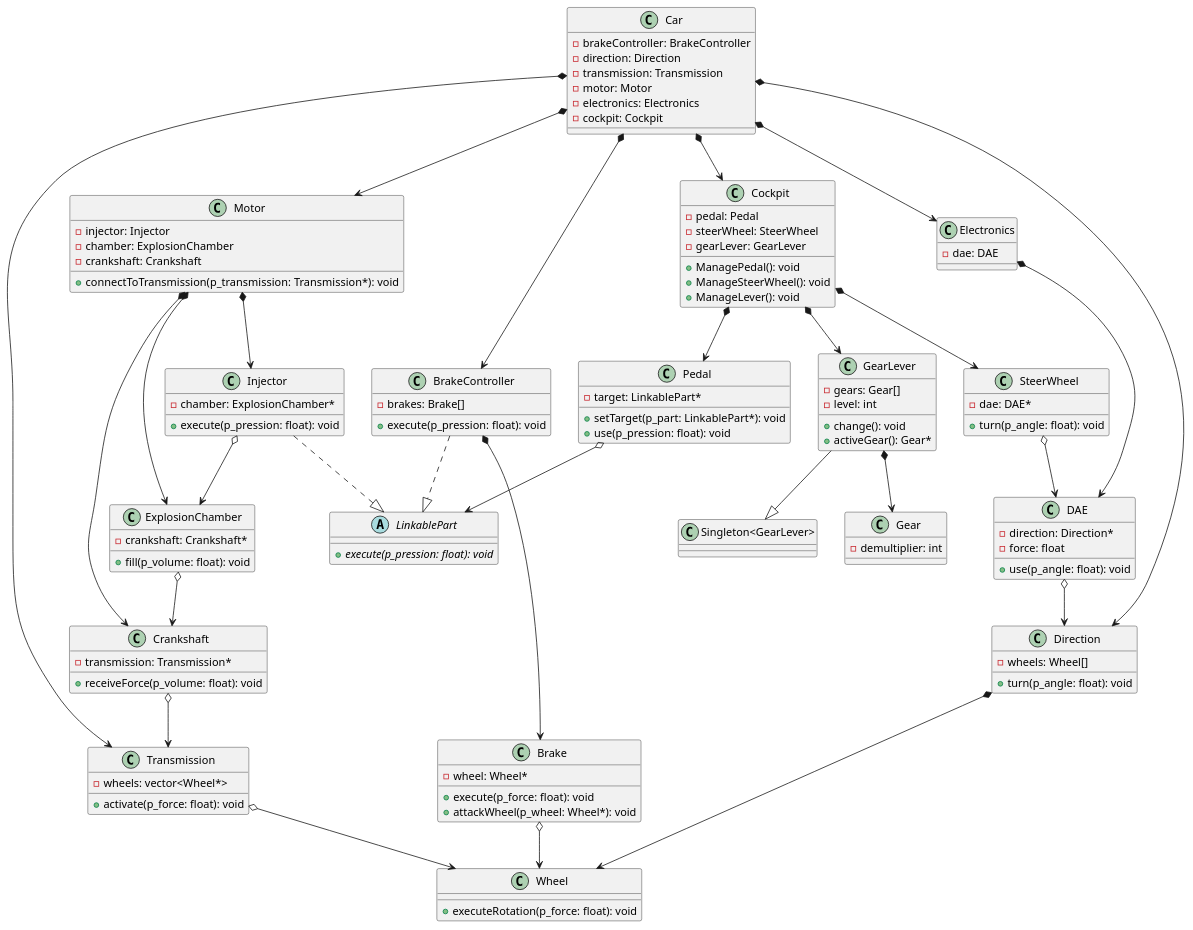
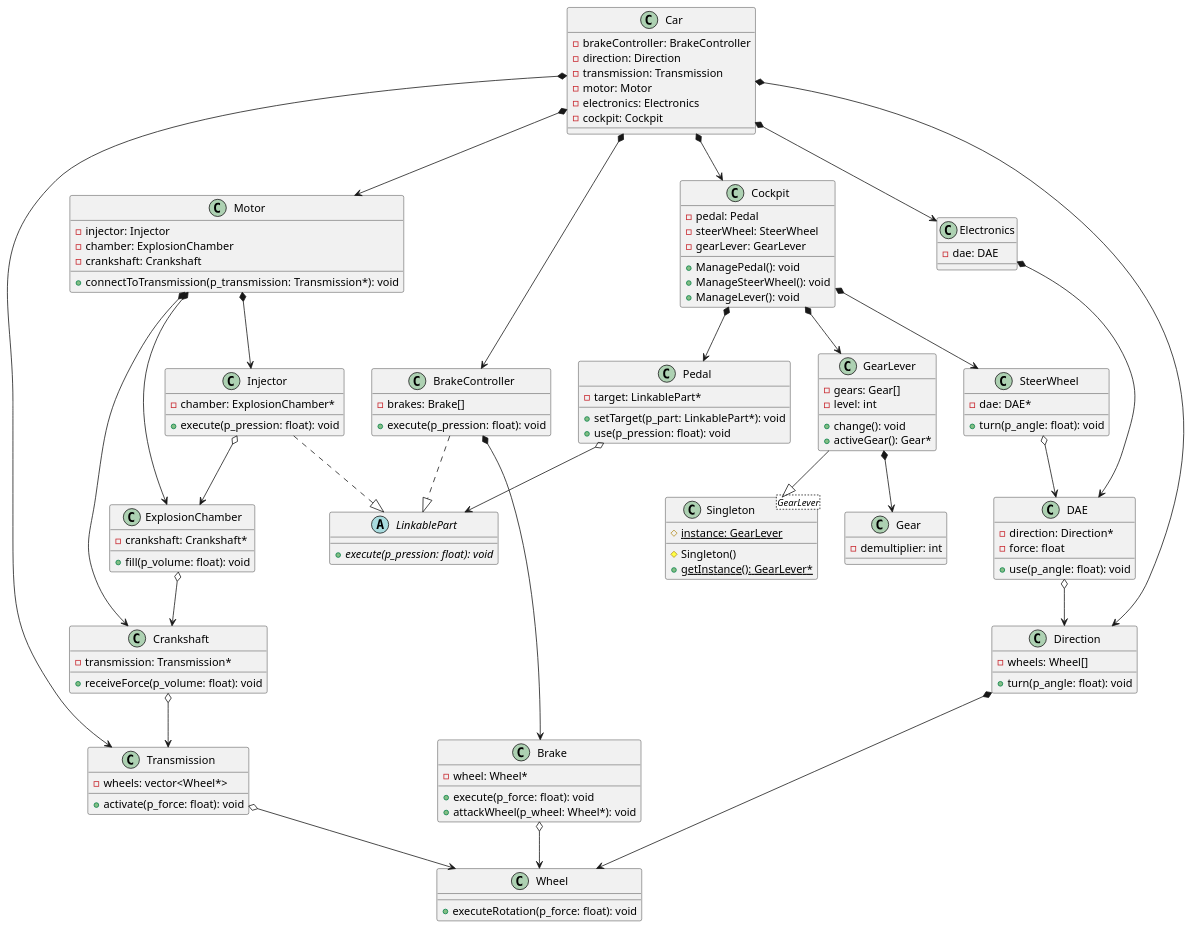
The diagram in Module 02 - UML/ex00/test.puml (G-Franco/Piscine-Object), drawn with PlantUML before and after one commit.

Commit message:
Improved singleton class representation, still need to check notations

```diff
--- a/Module 02 - UML/ex00/test.puml
+++ b/Module 02 - UML/ex00/test.puml
@@ -1,135 +1,141 @@
 @startuml test
 
 abstract class LinkablePart {
   + {abstract} execute(p_pression: float): void
 }
 
 class Wheel {
   + executeRotation(p_force: float): void
 }
 
 class Gear {
   - demultiplier: int
+}
+
+class Singleton<GearLever> {
+    # {static} instance: GearLever
+    # Singleton()
+    + {static} getInstance(): GearLever*
 }
 
 class GearLever {
   - gears: Gear[]
   - level: int
   + change(): void
   + activeGear(): Gear*
 }
 
 class Transmission {
   - wheels: vector<Wheel*>
   + activate(p_force: float): void
 }
 
 class Crankshaft {
   - transmission: Transmission*
   + receiveForce(p_volume: float): void
 }
 
 class ExplosionChamber {
   - crankshaft: Crankshaft*
   + fill(p_volume: float): void
 }
 
 class Injector {
   - chamber: ExplosionChamber*
   + execute(p_pression: float): void
 }
 
 class Motor {
   - injector: Injector
   - chamber: ExplosionChamber
   - crankshaft: Crankshaft
   + connectToTransmission(p_transmission: Transmission*): void
 }
 
 class Pedal {
   - target: LinkablePart*
   + setTarget(p_part: LinkablePart*): void
   + use(p_pression: float): void
 }
 
 class Direction {
   - wheels: Wheel[]
   + turn(p_angle: float): void
 }
 
 class DAE {
   - direction: Direction*
   - force: float
   + use(p_angle: float): void
 }
 
 class SteerWheel {
   - dae: DAE*
   + turn(p_angle: float): void
 }
 
 class Brake {
   - wheel: Wheel*
   + execute(p_force: float): void
   + attackWheel(p_wheel: Wheel*): void
 }
 
 class BrakeController {
   - brakes: Brake[]
   + execute(p_pression: float): void
 }
 
 class Cockpit {
   - pedal: Pedal
   - steerWheel: SteerWheel
   - gearLever: GearLever
   + ManagePedal(): void
   + ManageSteerWheel(): void
   + ManageLever(): void
 }
 
 class Electronics {
   - dae: DAE
 }
 
 class Car {
   - brakeController: BrakeController
   - direction: Direction
   - transmission: Transmission
   - motor: Motor
   - electronics: Electronics
   - cockpit: Cockpit
 }
 
 ' Classes' relationships
 Injector ..|> LinkablePart
 BrakeController ..|> LinkablePart
-GearLever --|> "Singleton<GearLever>"
+GearLever --|> Singleton
 
 ' Composition/Association relationships
 Car *--> BrakeController
 Car *--> Direction
 Car *--> Transmission
 Car *--> Motor
 Car *--> Electronics
 Car *--> Cockpit
 Motor *--> Injector
 Motor *--> ExplosionChamber
 Motor *--> Crankshaft
 Transmission o--> Wheel
 Direction *--> Wheel
 Cockpit *--> Pedal
 Cockpit *--> SteerWheel
 Cockpit *--> GearLever
 Electronics *--> DAE
 BrakeController *--> Brake
 GearLever *--> Gear
 DAE o--> Direction
 SteerWheel o--> DAE
 Brake o--> Wheel
 Pedal o--> LinkablePart
 Crankshaft o--> Transmission
 ExplosionChamber o--> Crankshaft
 Injector o--> ExplosionChamber
 
 @enduml
```
